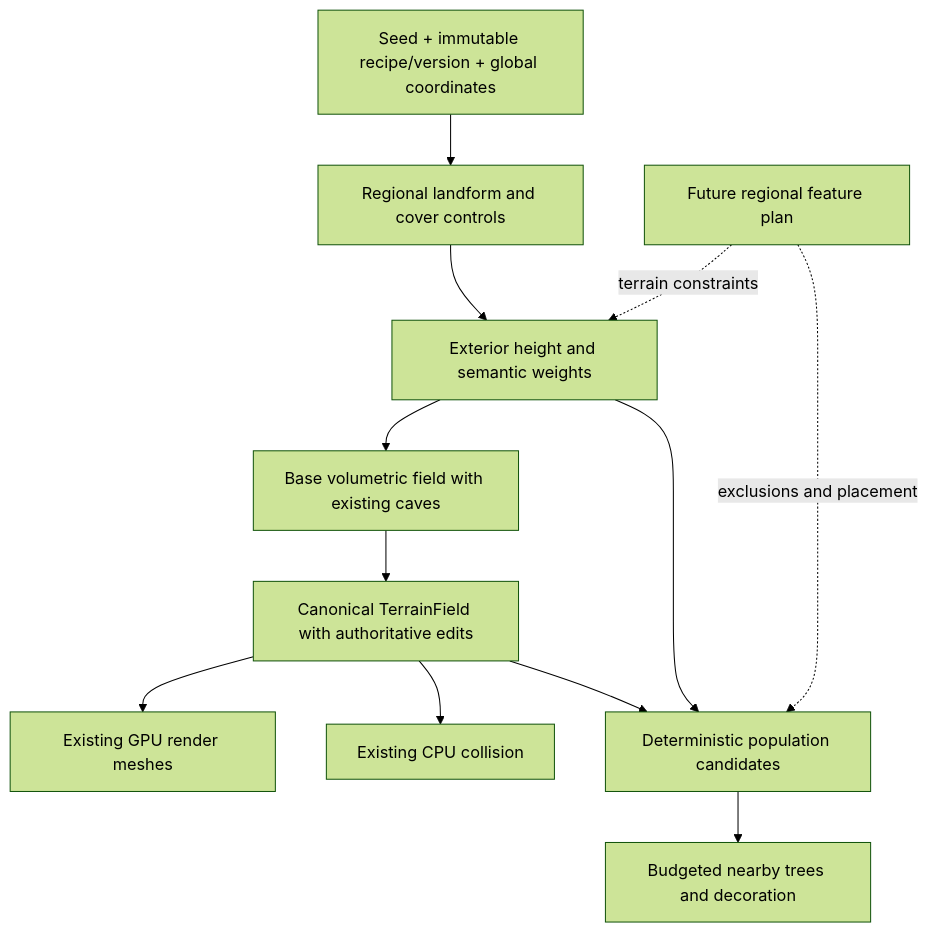
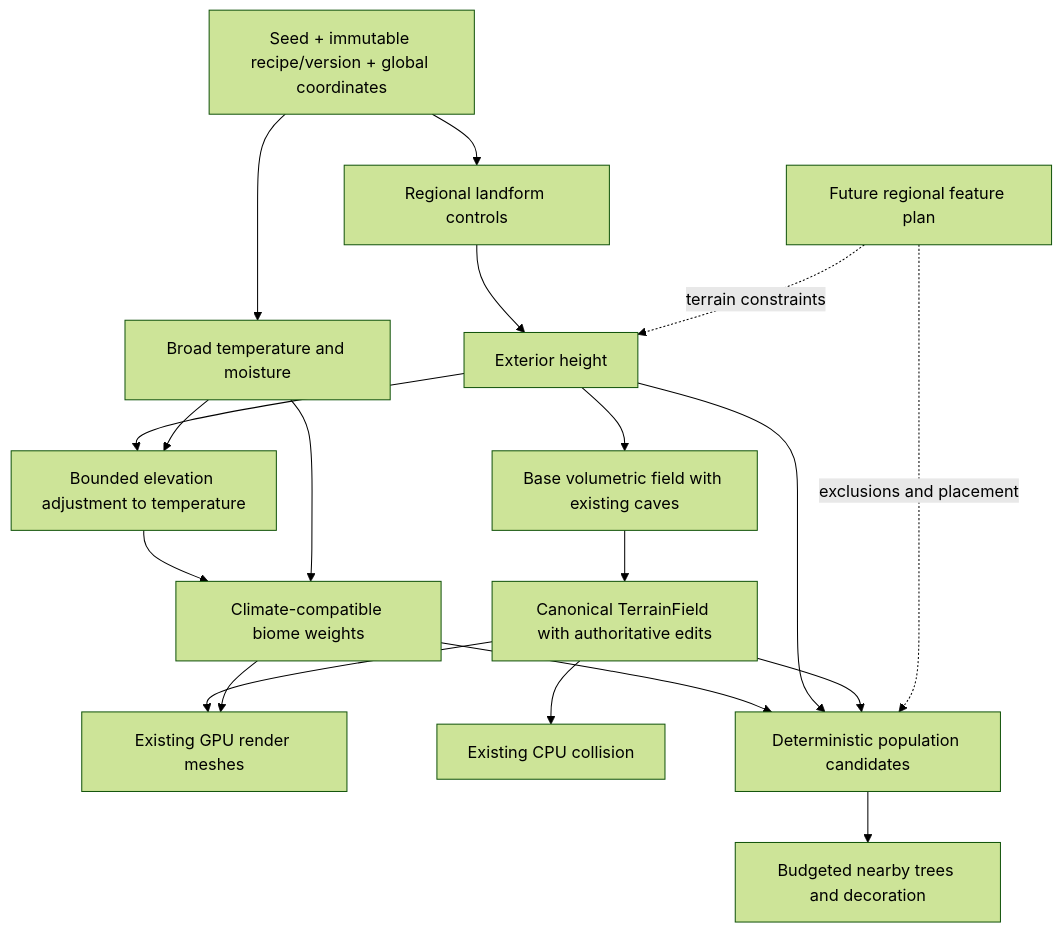
The diagram in Docs/Research/BiomeTerrainGeneration.md (burn0ut7/voxels3), drawn with Mermaid (forest theme) before and after one commit. The commit also changed other lines of this file and 1 other file, not shown here.

Commit message:
Plan climate-driven biome transitions

````diff
--- a/Docs/Research/BiomeTerrainGeneration.md
+++ b/Docs/Research/BiomeTerrainGeneration.md
@@ -79,14 +86,21 @@
 ```mermaid
 flowchart TD
-    I[Seed + immutable recipe/version + global coordinates] --> R[Regional landform and cover controls]
-    R --> H[Exterior height and semantic weights]
+    I[Seed + immutable recipe/version + global coordinates] --> R[Regional landform controls]
+    I --> K[Broad temperature and moisture]
+    R --> H[Exterior height]
+    H --> T[Bounded elevation adjustment to temperature]
+    K --> T
+    T --> W[Climate-compatible biome weights]
+    K --> W
     H --> B[Base volumetric field with existing caves]
     B --> F[Canonical TerrainField with authoritative edits]
     F --> V[Existing GPU render meshes]
     F --> C[Existing CPU collision]
-    H --> P[Deterministic population candidates]
+    W --> P[Deterministic population candidates]
+    H --> P
+    W --> V
     F --> P
     P --> O[Budgeted nearby trees and decoration]
     X[Future regional feature plan] -. terrain constraints .-> H
     X -. exclusions and placement .-> P
 ```
````
